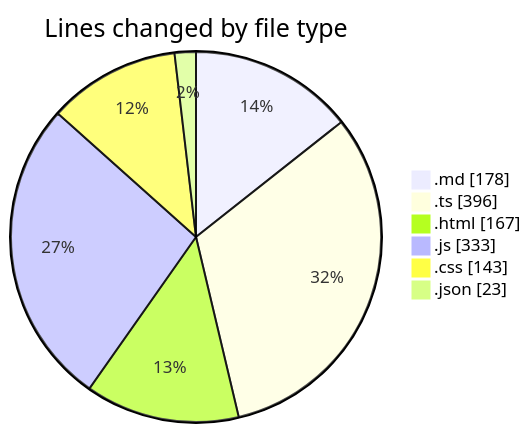
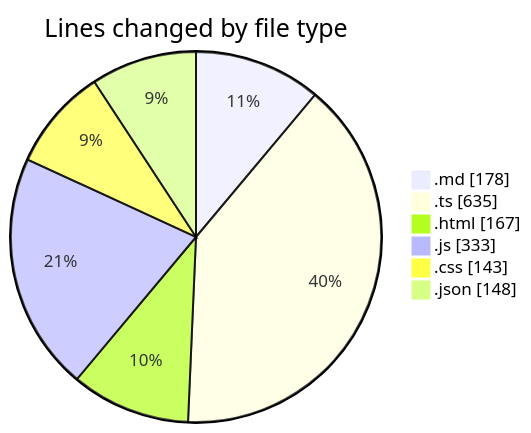
One commit to ernivani/code-tracking changed the first of 2 diagrams in 2025-01-04/my-code-activity-ext/README.md. Above: the diagram before and after it, drawn with Mermaid. The commit also changed other lines of this file and 1 other file, not shown here.

````diff
--- a/2025-01-04/my-code-activity-ext/README.md
+++ b/2025-01-04/my-code-activity-ext/README.md
@@ -31,10 +31,10 @@
 ```mermaid
 pie showData
 title Lines changed by file type
 ".md" : 178
-".ts" : 396
+".ts" : 635
 ".html" : 167
 ".js" : 333
 ".css" : 143
-".json" : 23
+".json" : 148
 ```
````
